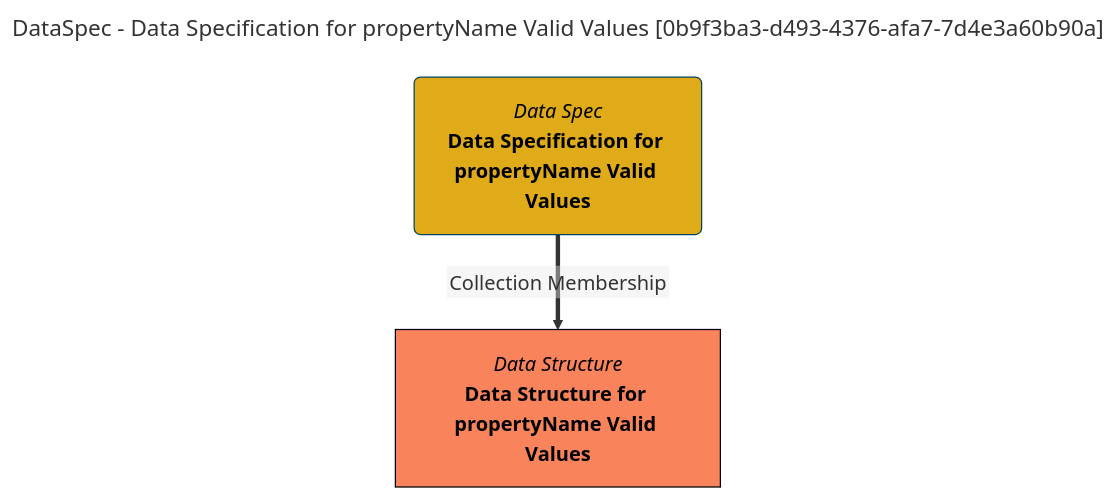
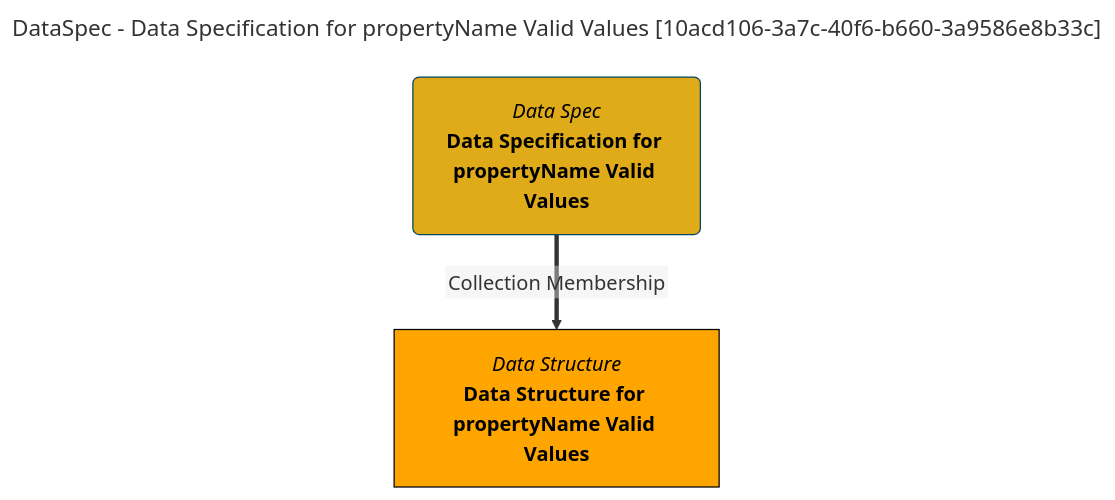
The diagram in site/snippets/collections/data-specs/data-specification-for-propertyname-valid-values-mermaid-graph.md (odpi/egeria-docs), drawn with Mermaid before and after one commit. The commit also changed 2201 other files, not shown here.

````diff
--- a/site/snippets/collections/data-specs/data-specification-for-propertyname-valid-values-mermaid-graph.md
+++ b/site/snippets/collections/data-specs/data-specification-for-propertyname-valid-values-mermaid-graph.md
@@ -1,15 +1,15 @@
 ```mermaid
 ---
-title: DataSpec - Data Specification for propertyName Valid Values [0b9f3ba3-d493-4376-afa7-7d4e3a60b90a]
+title: DataSpec - Data Specification for propertyName Valid Values [10acd106-3a7c-40f6-b660-3a9586e8b33c]
 ---
 flowchart TD
 %%{init: {"flowchart": {"htmlLabels": false}} }%%
 
 1@{ shape: rounded, label: "*Data Spec*
 **Data Specification for propertyName Valid Values**"}
 2@{ shape: rect, label: "*Data Structure*
 **Data Structure for propertyName Valid Values**"}
 1==>|"Collection Membership"|2
 style 1 color:#000000, fill:#e0ab18, stroke:#004563
-style 2 color:#000000, fill:#f9845b, stroke:#000000
+style 2 color:#000000, fill:#FFA500, stroke:#000000
 ```
````
